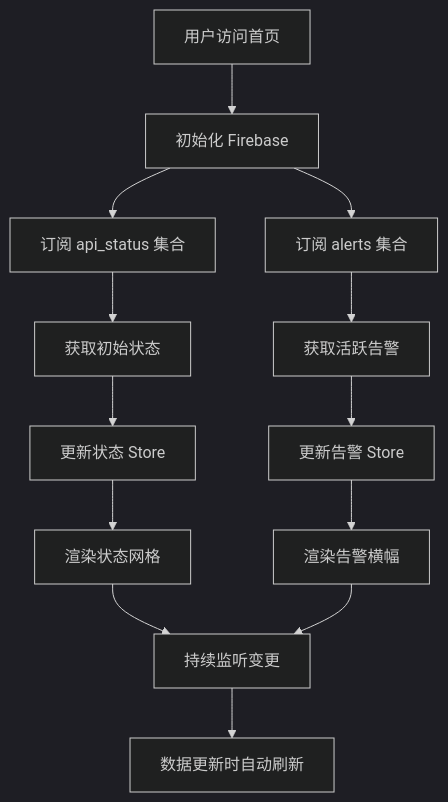
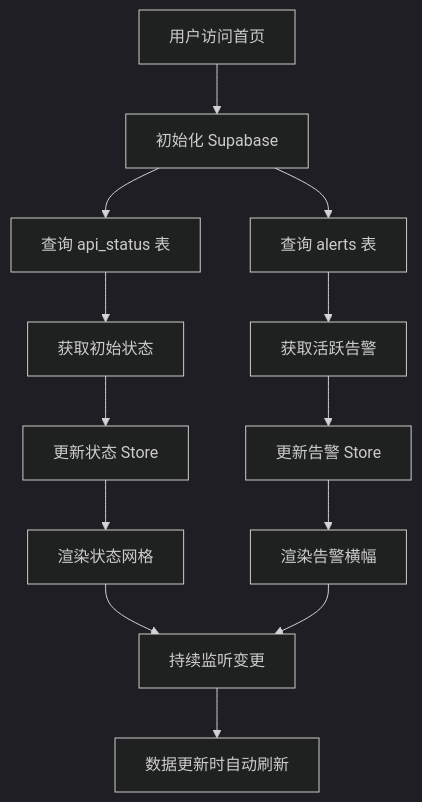
One commit to AjaCHN/LLM-API-Sentinel changed the fourth of 9 diagrams in openspec/data.md. Above: the diagram before and after it, drawn with Mermaid (dark theme). The commit also changed other lines of this file and 5 other files, not shown here.

````diff
--- a/openspec/data.md
+++ b/openspec/data.md
@@ -200,20 +202,20 @@
 ```mermaid
 flowchart TD
-    A[用户访问首页] --> B[初始化 Firebase]
-    B --> C[订阅 api_status 集合]
-    B --> D[订阅 alerts 集合]
+    A[用户访问首页] --> B[初始化 Supabase]
+    B --> C[查询 api_status 表]
+    B --> D[查询 alerts 表]
     
     C --> E[获取初始状态]
     D --> F[获取活跃告警]
     
     E --> G[更新状态 Store]
     F --> H[更新告警 Store]
     
     G --> I[渲染状态网格]
     H --> J[渲染告警横幅]
     
     I --> K[持续监听变更]
     J --> K
     
     K --> L[数据更新时自动刷新]
 ```
````
